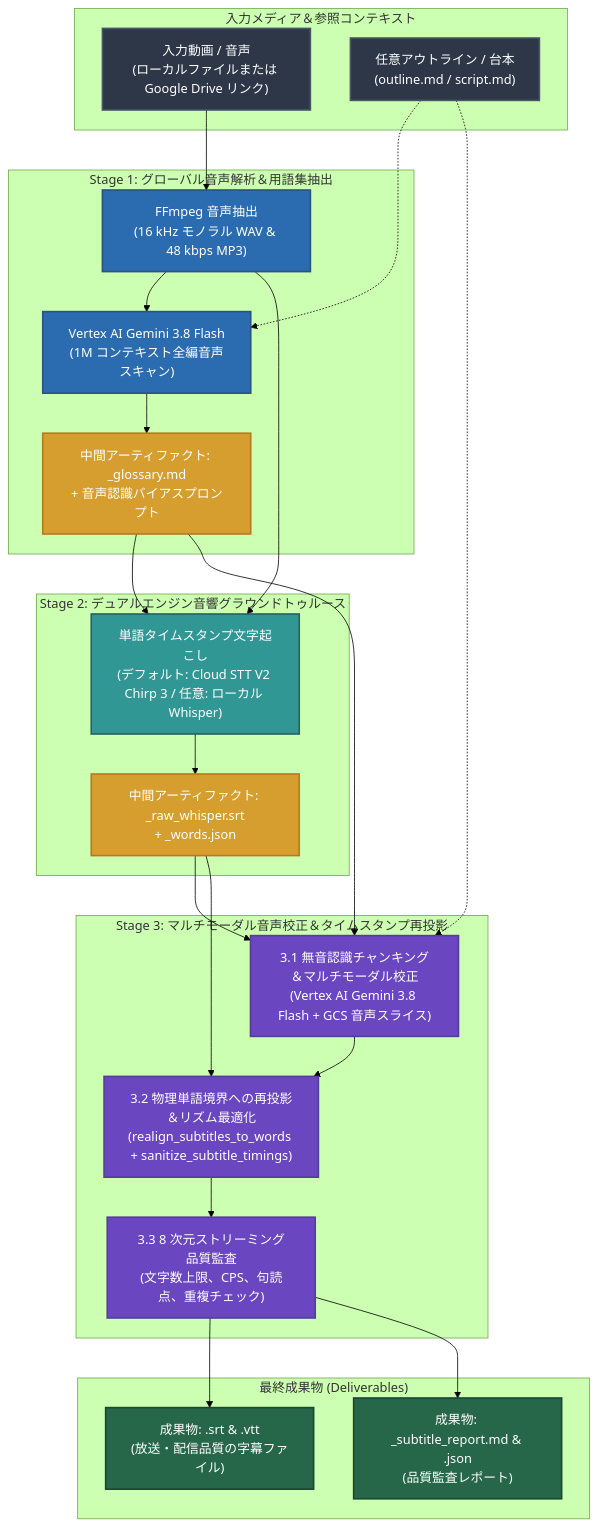
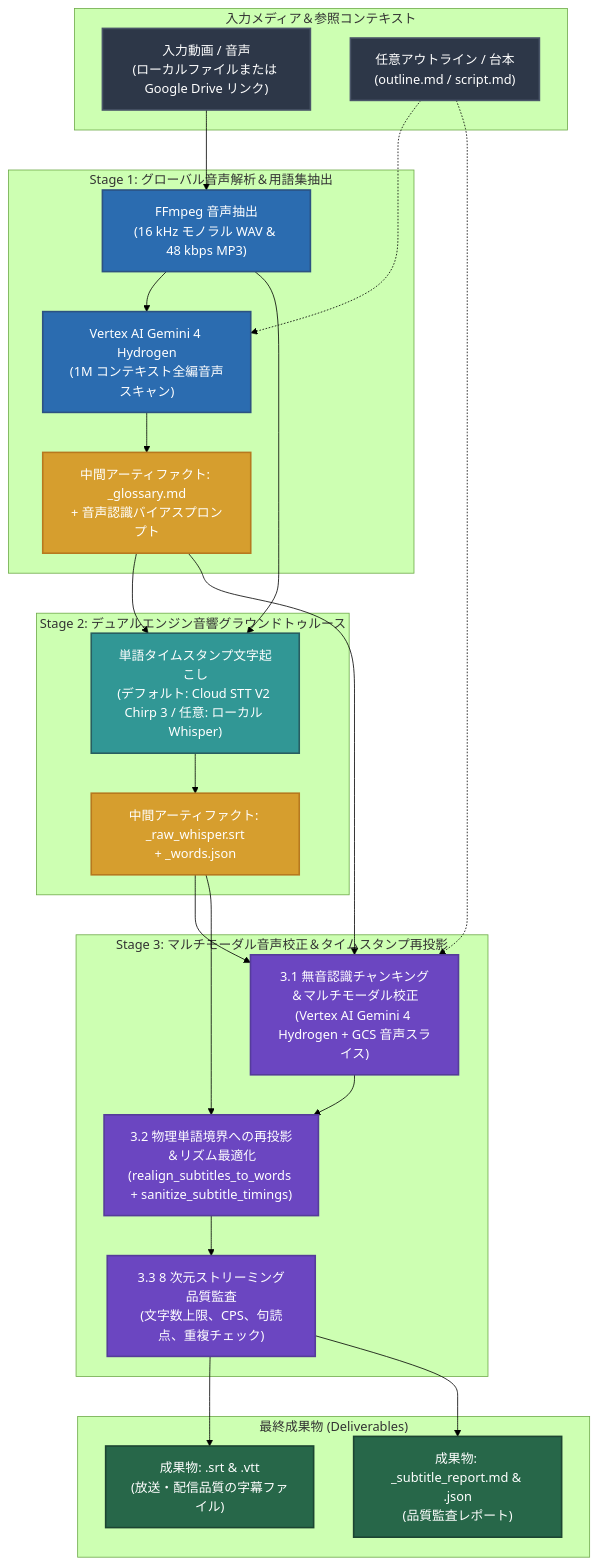
Before and after one commit to sylphlin/subtitle-craft: the diagram in README.ja.md, drawn with Mermaid (forest theme). The commit also changed other lines of this file and 13 other files, not shown here.

First line of the commit message:
feat(model): upgrade Stage 1 and Stage 3 LLM to Gemini 4 Hydrogen (gemini-4-hydrogen)

````diff
--- a/README.ja.md
+++ b/README.ja.md
@@ -45,52 +50,52 @@
 ```mermaid
 flowchart TD
     classDef inputStyle fill:#2D3748,stroke:#4A5568,stroke-width:2px,color:#fff;
     classDef stage1Style fill:#2B6CB0,stroke:#2C5282,stroke-width:2px,color:#fff;
     classDef stage2Style fill:#319795,stroke:#285E61,stroke-width:2px,color:#fff;
     classDef stage3Style fill:#6B46C1,stroke:#553C9A,stroke-width:2px,color:#fff;
     classDef artifactStyle fill:#D69E2E,stroke:#B7791F,stroke-width:2px,color:#fff;
     classDef outputStyle fill:#276749,stroke:#1C4532,stroke-width:2px,color:#fff;
 
     subgraph Inputs["入力メディア＆参照コンテキスト"]
         IN["入力動画 / 音声<br/>(ローカルファイルまたは Google Drive リンク)"]:::inputStyle
         REF["任意アウトライン / 台本<br/>(outline.md / script.md)"]:::inputStyle
     end
 
     subgraph Stage1["Stage 1: グローバル音声解析＆用語集抽出"]
         S0["FFmpeg 音声抽出<br/>(16 kHz モノラル WAV & 48 kbps MP3)"]:::stage1Style
-        S1["Vertex AI Gemini 3.8 Flash<br/>(1M コンテキスト全編音声スキャン)"]:::stage1Style
+        S1["Vertex AI Gemini 4 Hydrogen<br/>(1M コンテキスト全編音声スキャン)"]:::stage1Style
         GL["中間アーティファクト: <basename>_glossary.md<br/>+ 音声認識バイアスプロンプト"]:::artifactStyle
     end
 
     subgraph Stage2["Stage 2: デュアルエンジン音響グラウンドトゥルース"]
         S2["単語タイムスタンプ文字起こし<br/>(デフォルト: Cloud STT V2 Chirp 3 / 任意: ローカル Whisper)"]:::stage2Style
         WD["中間アーティファクト: <basename>_raw_whisper.srt<br/>+ <basename>_words.json"]:::artifactStyle
     end
 
     subgraph Stage3["Stage 3: マルチモーダル音声校正＆タイムスタンプ再投影"]
-        S3_1["3.1 無音認識チャンキング＆マルチモーダル校正<br/>(Vertex AI Gemini 3.8 Flash + GCS 音声スライス)"]:::stage3Style
+        S3_1["3.1 無音認識チャンキング＆マルチモーダル校正<br/>(Vertex AI Gemini 4 Hydrogen + GCS 音声スライス)"]:::stage3Style
         S3_2["3.2 物理単語境界への再投影＆リズム最適化<br/>(realign_subtitles_to_words + sanitize_subtitle_timings)"]:::stage3Style
         S3_3["3.3 8 次元ストリーミング品質監査<br/>(文字数上限、CPS、句読点、重複チェック)"]:::stage3Style
     end
 
     subgraph Deliverables["最終成果物 (Deliverables)"]
         OUT_SUB["成果物: <basename>.srt & <basename>.vtt<br/>(放送・配信品質の字幕ファイル)"]:::outputStyle
         OUT_REP["成果物: <basename>_subtitle_report.md & .json<br/>(品質監査レポート)"]:::outputStyle
     end
 
     IN --> S0
     S0 --> S1
     REF -.-> S1
     S1 --> GL
     S0 --> S2
     GL --> S2
     S2 --> WD
     WD --> S3_1
     GL --> S3_1
     REF -.-> S3_1
     S3_1 --> S3_2
     WD --> S3_2
     S3_2 --> S3_3
     S3_3 --> OUT_SUB
     S3_3 --> OUT_REP
 ```
````
